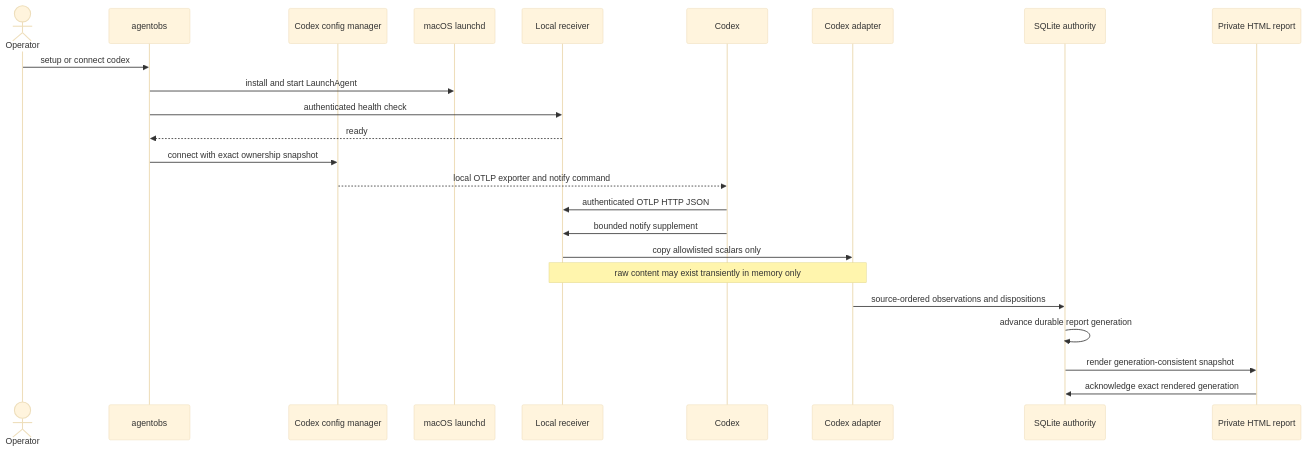
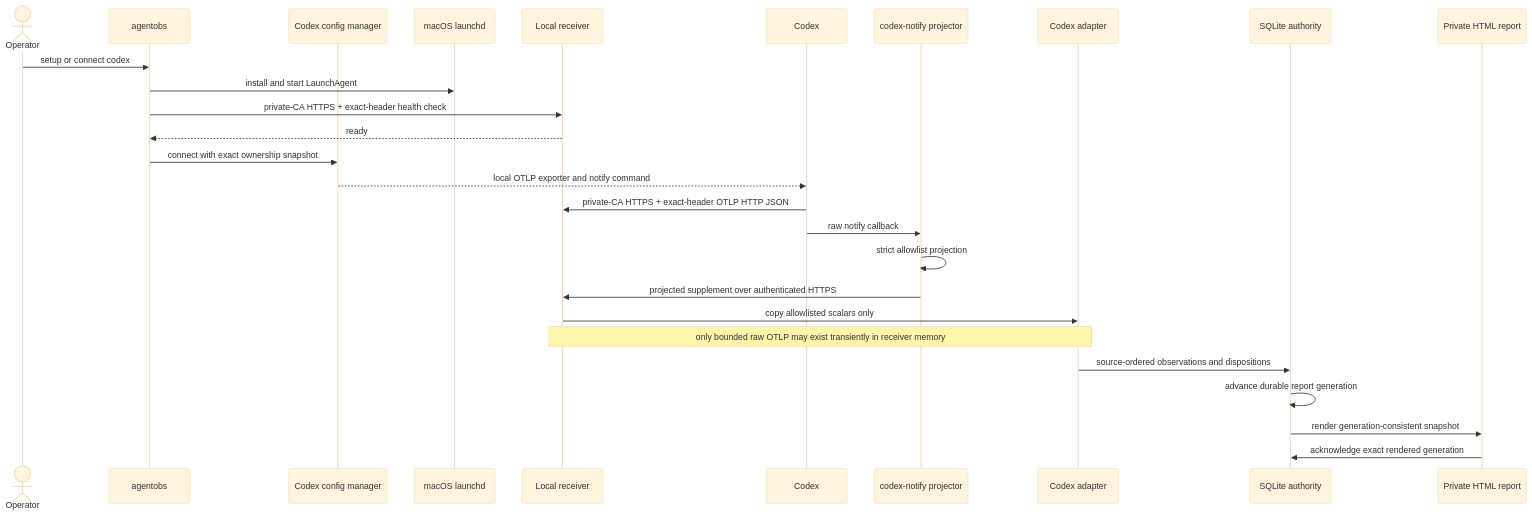
One commit to MCprotein/agent-observability changed the second of 8 diagrams in docs/COLLECTION_FLOW.md. Above: the diagram before and after it, drawn with Mermaid (base theme). The commit also changed other lines of this file and 25 other files, not shown here.

````diff
--- a/docs/COLLECTION_FLOW.md
+++ b/docs/COLLECTION_FLOW.md
@@ -70,27 +72,30 @@
 ```mermaid
 sequenceDiagram
     actor Operator
     participant CLI as agentobs
     participant Config as Codex config manager
     participant Launchd as macOS launchd
     participant Receiver as Local receiver
     participant Codex
+    participant Notify as codex-notify projector
     participant Adapter as Codex adapter
     participant Store as SQLite authority
     participant Report as Private HTML report
 
     Operator->>CLI: setup or connect codex
     CLI->>Launchd: install and start LaunchAgent
-    CLI->>Receiver: authenticated health check
+    CLI->>Receiver: private-CA HTTPS + exact-header health check
     Receiver-->>CLI: ready
     CLI->>Config: connect with exact ownership snapshot
     Config-->>Codex: local OTLP exporter and notify command
-    Codex->>Receiver: authenticated OTLP HTTP JSON
-    Codex->>Receiver: bounded notify supplement
+    Codex->>Receiver: private-CA HTTPS + exact-header OTLP HTTP JSON
+    Codex->>Notify: raw notify callback
+    Notify->>Notify: strict allowlist projection
+    Notify->>Receiver: projected supplement over authenticated HTTPS
     Receiver->>Adapter: copy allowlisted scalars only
-    Note over Receiver,Adapter: raw content may exist transiently in memory only
+    Note over Receiver,Adapter: only bounded raw OTLP may exist transiently in receiver memory
     Adapter->>Store: source-ordered observations and dispositions
     Store->>Store: advance durable report generation
     Store->>Report: render generation-consistent snapshot
     Report->>Store: acknowledge exact rendered generation
 ```
````
